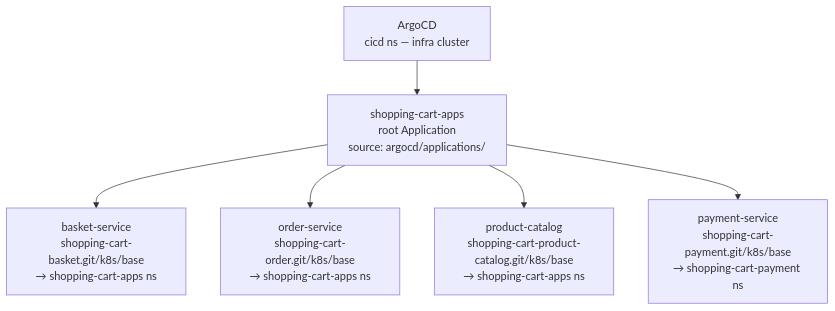
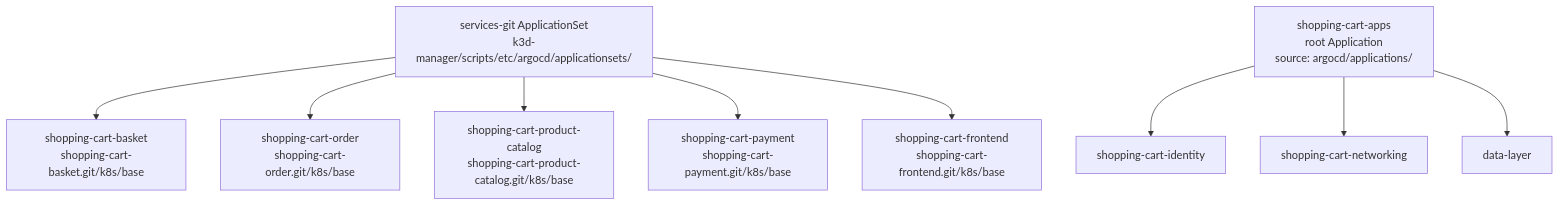
Before and after one commit to wilddog64/shopping-cart-infra: the second of 6 diagrams in docs/architecture.md, drawn with Mermaid. The commit also changed other lines of this file and 7 other files, not shown here.

First line of the commit message:
fix(argocd): remove legacy app definitions superseded by services-git ApplicationSet (#76)

````diff
--- a/docs/architecture.md
+++ b/docs/architecture.md
@@ -155,15 +146,22 @@
 ```mermaid
 graph TD
-    ArgoCD["ArgoCD\ncicd ns — infra cluster"]
+    AppSet["services-git ApplicationSet\nk3d-manager/scripts/etc/argocd/applicationsets/"]
     root["shopping-cart-apps\nroot Application\nsource: argocd/applications/"]
-    basket["basket-service\nshopping-cart-basket.git/k8s/base\n→ shopping-cart-apps ns"]
-    order["order-service\nshopping-cart-order.git/k8s/base\n→ shopping-cart-apps ns"]
-    catalog["product-catalog\nshopping-cart-product-catalog.git/k8s/base\n→ shopping-cart-apps ns"]
-    pay["payment-service\nshopping-cart-payment.git/k8s/base\n→ shopping-cart-payment ns"]
+    basket["shopping-cart-basket\nshopping-cart-basket.git/k8s/base"]
+    order["shopping-cart-order\nshopping-cart-order.git/k8s/base"]
+    catalog["shopping-cart-product-catalog\nshopping-cart-product-catalog.git/k8s/base"]
+    pay["shopping-cart-payment\nshopping-cart-payment.git/k8s/base"]
+    frontend["shopping-cart-frontend\nshopping-cart-frontend.git/k8s/base"]
+    identity["shopping-cart-identity"]
+    networking["shopping-cart-networking"]
+    data["data-layer"]
 
-    ArgoCD --> root
-    root --> basket
-    root --> order
-    root --> catalog
-    root --> pay
+    AppSet --> basket
+    AppSet --> order
+    AppSet --> catalog
+    AppSet --> pay
+    AppSet --> frontend
+    root --> identity
+    root --> networking
+    root --> data
 ```
````
